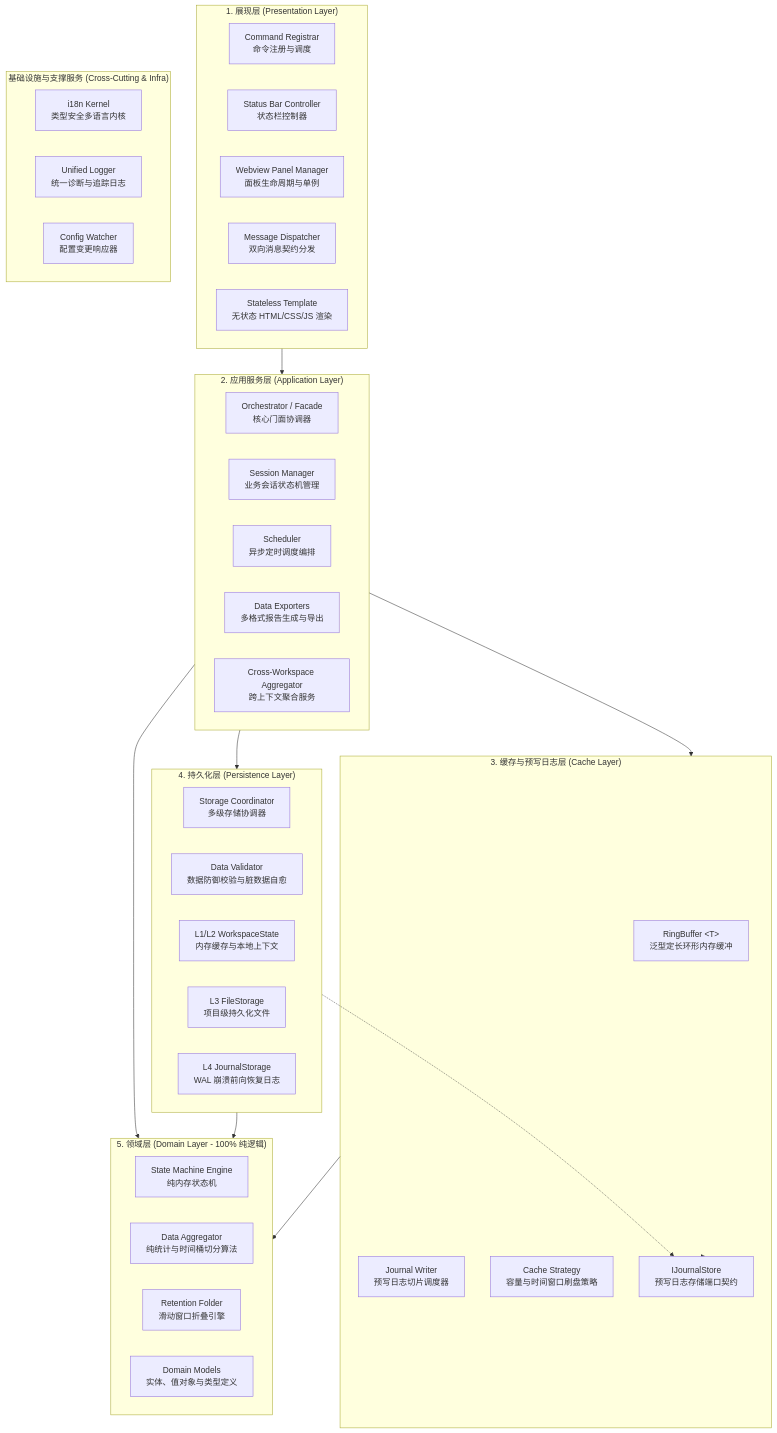
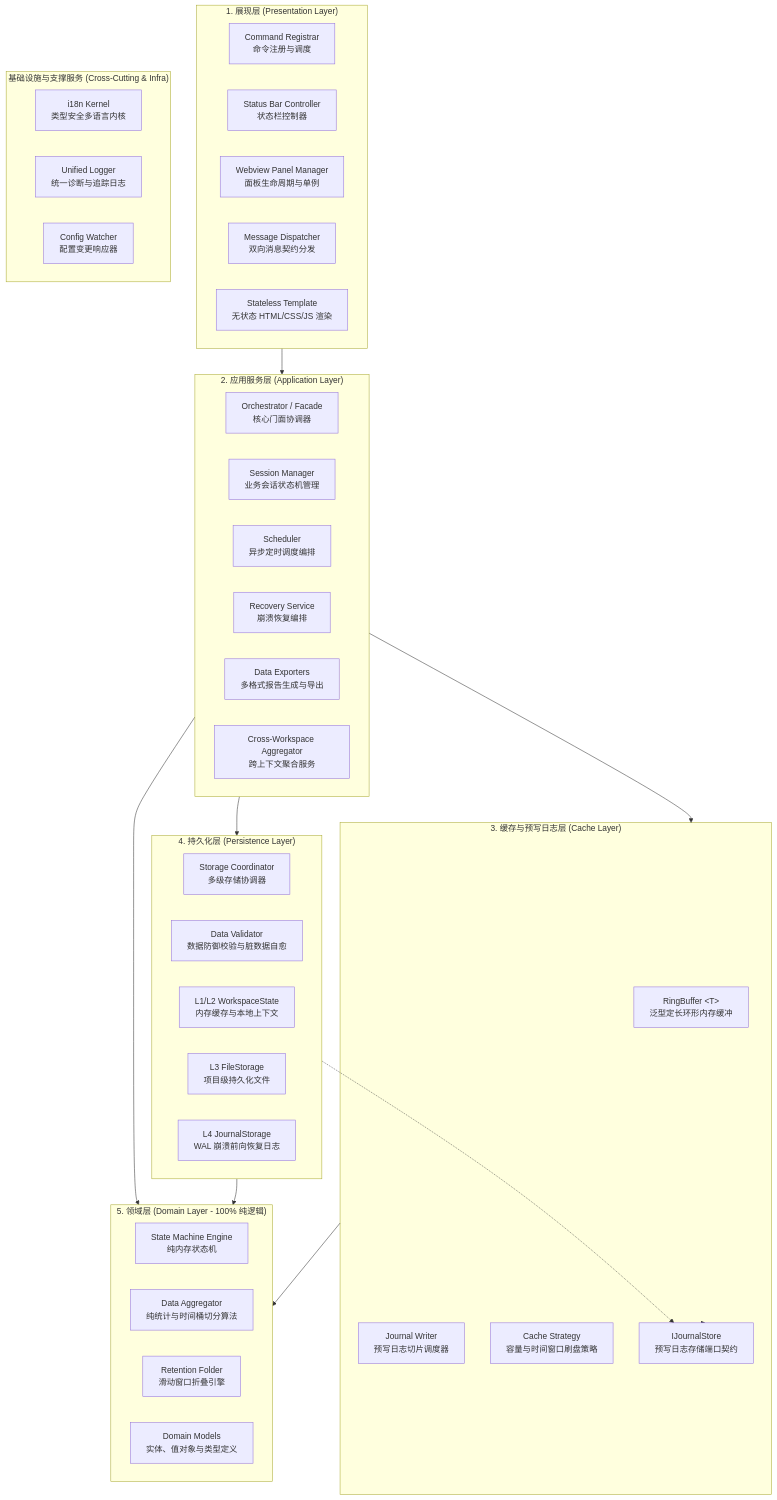
One commit to guilingzhouyi-creator/vscode-extensions changed the first of 2 diagrams in workspace-timing/docs/architecture.md. Above: the diagram before and after it, drawn with Mermaid. The commit also changed other lines of this file and 15 other files, not shown here.

````diff
--- a/workspace-timing/docs/architecture.md
+++ b/workspace-timing/docs/architecture.md
@@ -20,56 +20,57 @@
 ```mermaid
 graph TD
     subgraph Presentation ["1. 展现层 (Presentation Layer)"]
         UI_CMD[Command Registrar<br/>命令注册与调度]
         UI_STATUS[Status Bar Controller<br/>状态栏控制器]
         UI_WV[Webview Panel Manager<br/>面板生命周期与单例]
         UI_MSG[Message Dispatcher<br/>双向消息契约分发]
         UI_TPL[Stateless Template<br/>无状态 HTML/CSS/JS 渲染]
     end
 
     subgraph Application ["2. 应用服务层 (Application Layer)"]
         APP_FACADE[Orchestrator / Facade<br/>核心门面协调器]
         APP_SESSION[Session Manager<br/>业务会话状态机管理]
         APP_SCHED[Scheduler<br/>异步定时调度编排]
+        APP_REC[Recovery Service<br/>崩溃恢复编排]
         APP_EXP[Data Exporters<br/>多格式报告生成与导出]
         APP_GLOBAL[Cross-Workspace Aggregator<br/>跨上下文聚合服务]
     end
 
     subgraph Cache ["3. 缓存与预写日志层 (Cache Layer)"]
         CACHE_RB[RingBuffer &lt;T&gt;<br/>泛型定长环形内存缓冲]
         CACHE_JW[Journal Writer<br/>预写日志切片调度器]
         CACHE_STRAT[Cache Strategy<br/>容量与时间窗口刷盘策略]
         CACHE_PORT[IJournalStore<br/>预写日志存储端口契约]
     end
 
     subgraph Persistence ["4. 持久化层 (Persistence Layer)"]
         PERS_COORD[Storage Coordinator<br/>多级存储协调器]
         PERS_VAL[Data Validator<br/>数据防御校验与脏数据自愈]
         PERS_L1[L1/L2 WorkspaceState<br/>内存缓存与本地上下文]
         PERS_L3[L3 FileStorage<br/>项目级持久化文件]
         PERS_L4[L4 JournalStorage<br/>WAL 崩溃前向恢复日志]
     end
 
     subgraph Domain ["5. 领域层 (Domain Layer - 100% 纯逻辑)"]
         DOM_ENGINE[State Machine Engine<br/>纯内存状态机]
         DOM_AGG[Data Aggregator<br/>纯统计与时间桶切分算法]
         DOM_FOLD[Retention Folder<br/>滑动窗口折叠引擎]
         DOM_MODELS[Domain Models<br/>实体、值对象与类型定义]
     end
 
     subgraph Infra ["基础设施与支撑服务 (Cross-Cutting & Infra)"]
         INF_I18N[i18n Kernel<br/>类型安全多语言内核]
         INF_LOG[Unified Logger<br/>统一诊断与追踪日志]
         INF_CFG[Config Watcher<br/>配置变更响应器]
     end
 
     %% 依赖约束：单向由外向内
     Presentation --> Application
     Application --> Domain
     Application --> Cache
     Application --> Persistence
     Cache --> Domain
     Persistence --> Domain
     Persistence -.-> CACHE_PORT
     Cache --> CACHE_PORT
 ```
````
